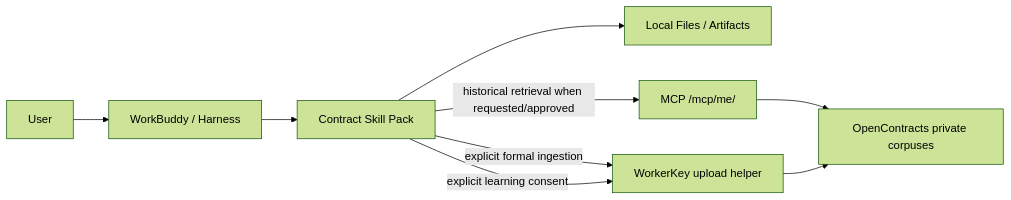
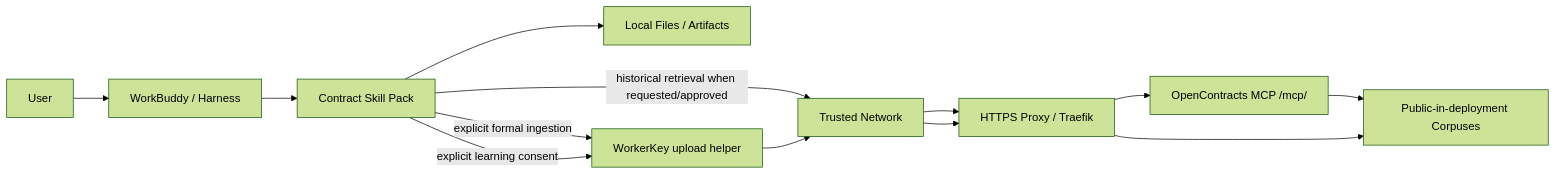
The diagram in docs/architecture/system-context.md (Ri0n72Y/ContractBotConfig), drawn with Mermaid (forest theme) before and after one commit. The commit also changed other lines of this file and 10 other files, not shown here.

Commit message:
docs: simplify MVP security to trusted-network public corpuses

````diff
--- a/docs/architecture/system-context.md
+++ b/docs/architecture/system-context.md
@@ -9,16 +11,18 @@
 ```mermaid
 flowchart LR
     U[User]
     H[WorkBuddy / Harness]
     S[Contract Skill Pack]
     L[Local Files / Artifacts]
-    M[MCP /mcp/me/]
-    R[OpenContracts private corpuses]
+    N[Trusted Network]
+    P[HTTPS Proxy / Traefik]
+    M[OpenContracts MCP /mcp/]
+    R[Public-in-deployment Corpuses]
     W[WorkerKey upload helper]
 
     U --> H --> S
     S --> L
-    S -->|historical retrieval when requested/approved| M --> R
-    S -->|explicit formal ingestion| W --> R
+    S -->|historical retrieval when requested/approved| N --> P --> M --> R
+    S -->|explicit formal ingestion| W --> N --> P --> R
     S -->|explicit learning consent| W
 ```
````
